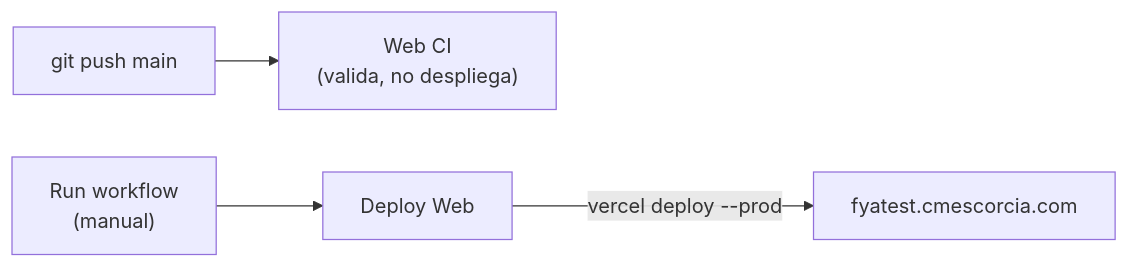
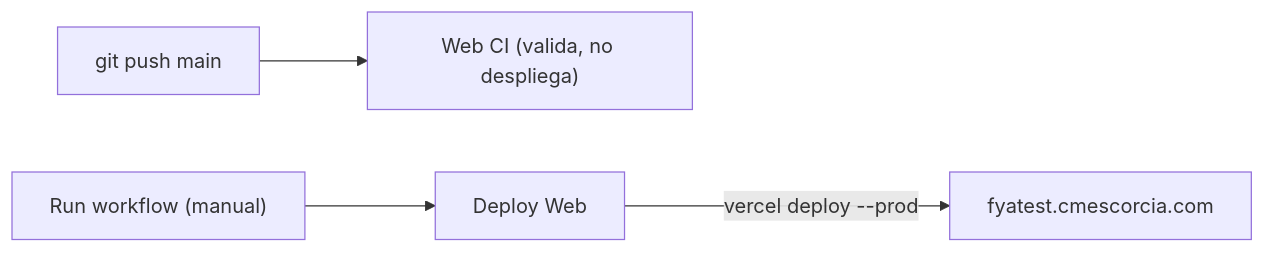
The third of 3 diagrams in README.md (CarlosPolo019/credit-web), drawn with Mermaid before and after one commit. The commit also changed other lines of this file, not shown here.

Commit message:
fix(docs): remove <br/> from Mermaid node labels, breaks GitHub's renderer

````diff
--- a/README.md
+++ b/README.md
@@ -149,6 +149,6 @@
 ```mermaid
 flowchart LR
-  dev["git push main"] --> ci["Web CI<br/>(valida, no despliega)"]
-  operator["Run workflow<br/>(manual)"] --> deploy["Deploy Web"]
+  dev["git push main"] --> ci["Web CI (valida, no despliega)"]
+  operator["Run workflow (manual)"] --> deploy["Deploy Web"]
   deploy -->|vercel deploy --prod| prod["fyatest.cmescorcia.com"]
 ```
````
